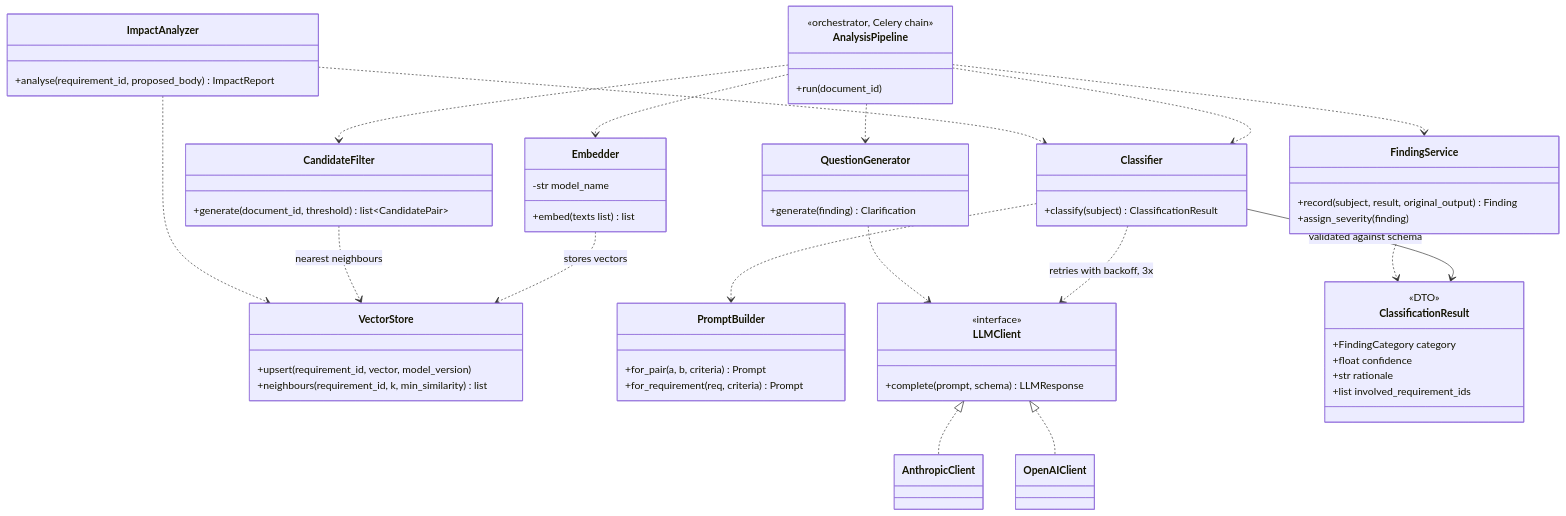
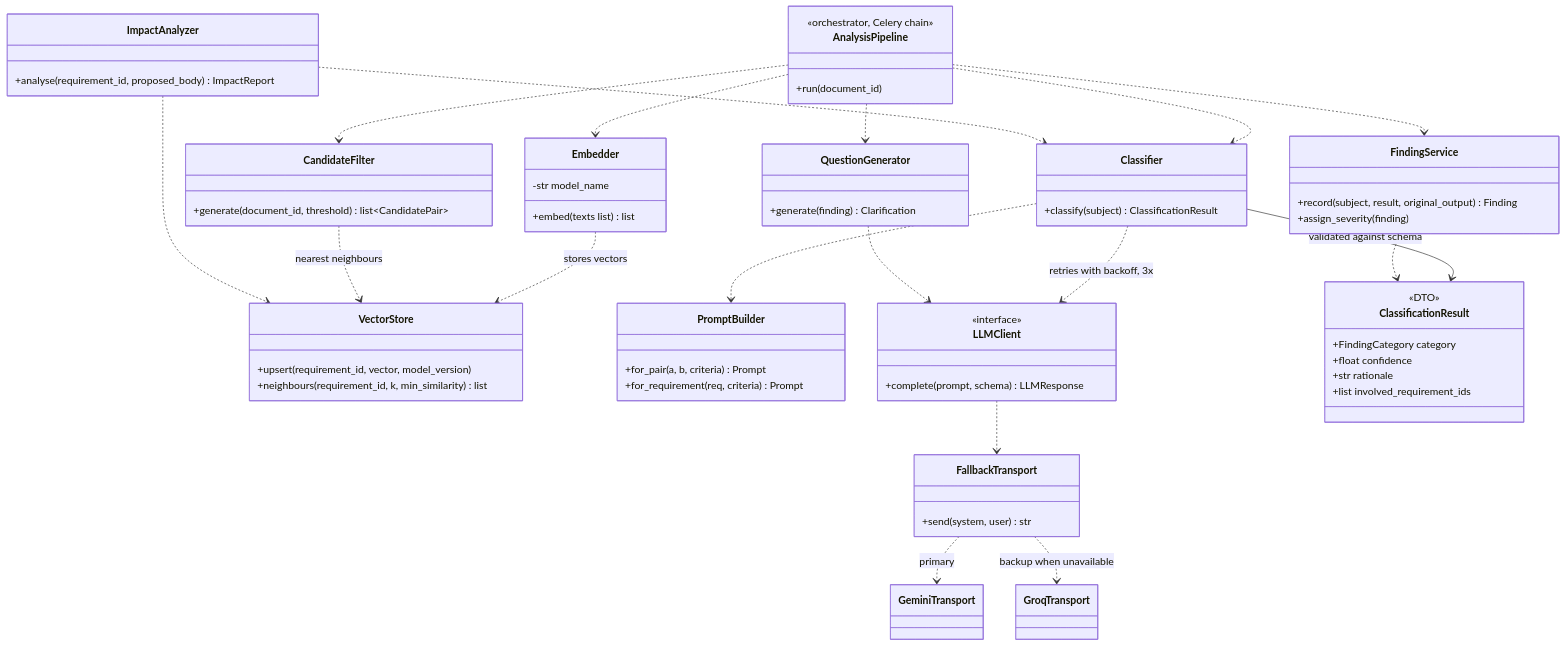
The seventh of 13 diagrams in docs/engineering/object-design.md (ParthAgrawal-07/AI-Requirements-Conflict-Dectector), drawn with Mermaid before and after one commit. The commit also changed other lines of this file and 12 other files, not shown here.

````diff
--- a/docs/engineering/object-design.md
+++ b/docs/engineering/object-design.md
@@ -492,68 +492,72 @@
 ```mermaid
 classDiagram
   class AnalysisPipeline {
     <<orchestrator, Celery chain>>
     +run(document_id)
   }
 
   class Embedder {
     -str model_name
     +embed(texts list) list
   }
   class VectorStore {
     +upsert(requirement_id, vector, model_version)
     +neighbours(requirement_id, k, min_similarity) list
   }
   class CandidateFilter {
     +generate(document_id, threshold) list~CandidatePair~
   }
 
   class PromptBuilder {
     +for_pair(a, b, criteria) Prompt
     +for_requirement(req, criteria) Prompt
   }
   class LLMClient {
     <<interface>>
     +complete(prompt, schema) LLMResponse
   }
-  class AnthropicClient
-  class OpenAIClient
+  class GeminiTransport
+  class GroqTransport
+  class FallbackTransport {
+    +send(system, user) str
+  }
   class ClassificationResult {
     <<DTO>>
     +FindingCategory category
     +float confidence
     +str rationale
     +list involved_requirement_ids
   }
   class Classifier {
     +classify(subject) ClassificationResult
   }
   class FindingService {
     +record(subject, result, original_output) Finding
     +assign_severity(finding)
   }
 
   class QuestionGenerator {
     +generate(finding) Clarification
   }
   class ImpactAnalyzer {
     +analyse(requirement_id, proposed_body) ImpactReport
   }
 
-  LLMClient <|.. AnthropicClient
-  LLMClient <|.. OpenAIClient
+  LLMClient ..> FallbackTransport
+  FallbackTransport ..> GeminiTransport : primary
+  FallbackTransport ..> GroqTransport : backup when unavailable
   AnalysisPipeline ..> Embedder
   AnalysisPipeline ..> CandidateFilter
   AnalysisPipeline ..> Classifier
   AnalysisPipeline ..> FindingService
   AnalysisPipeline ..> QuestionGenerator
   Embedder ..> VectorStore : stores vectors
   CandidateFilter ..> VectorStore : nearest neighbours
   Classifier ..> PromptBuilder
   Classifier ..> LLMClient : retries with backoff, 3x
   Classifier --> ClassificationResult : validated against schema
   FindingService ..> ClassificationResult
   QuestionGenerator ..> LLMClient
   ImpactAnalyzer ..> VectorStore
   ImpactAnalyzer ..> Classifier
 ```
````
